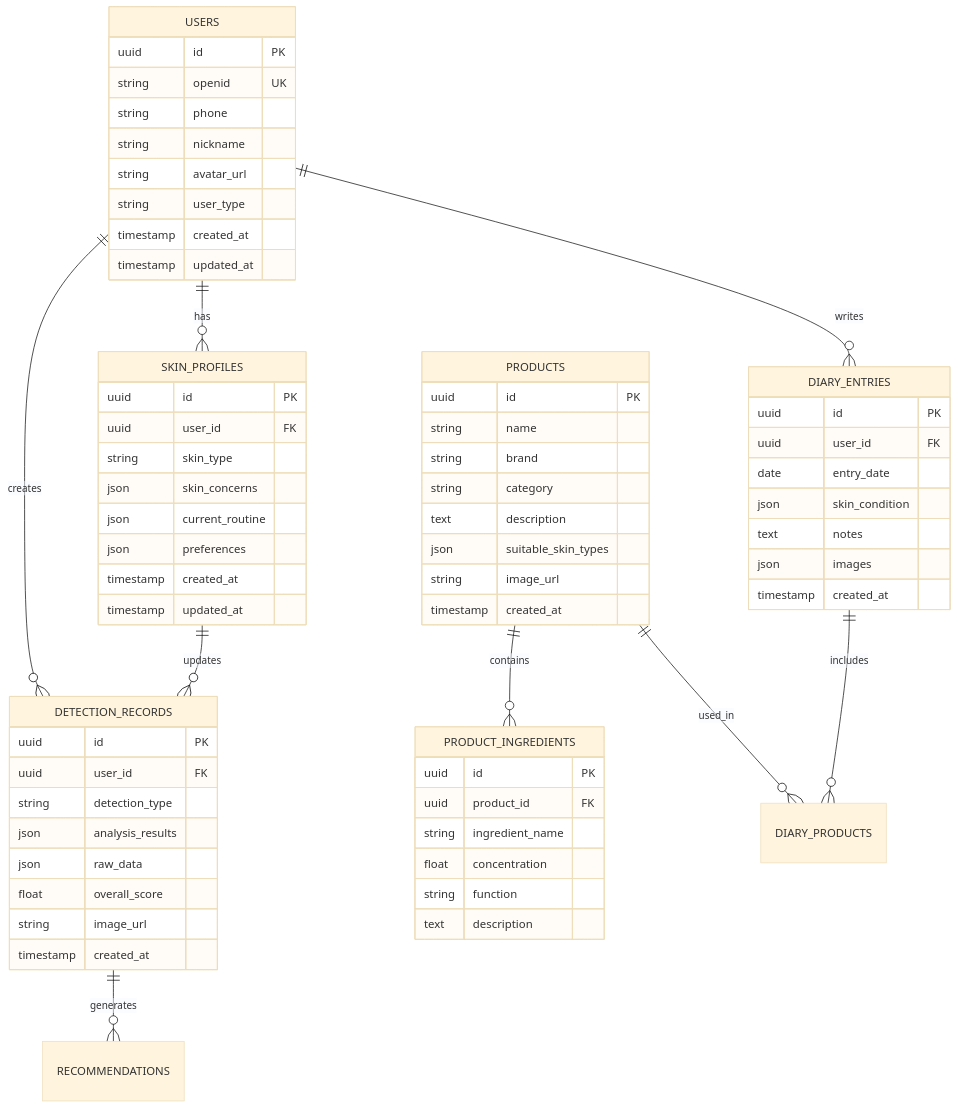
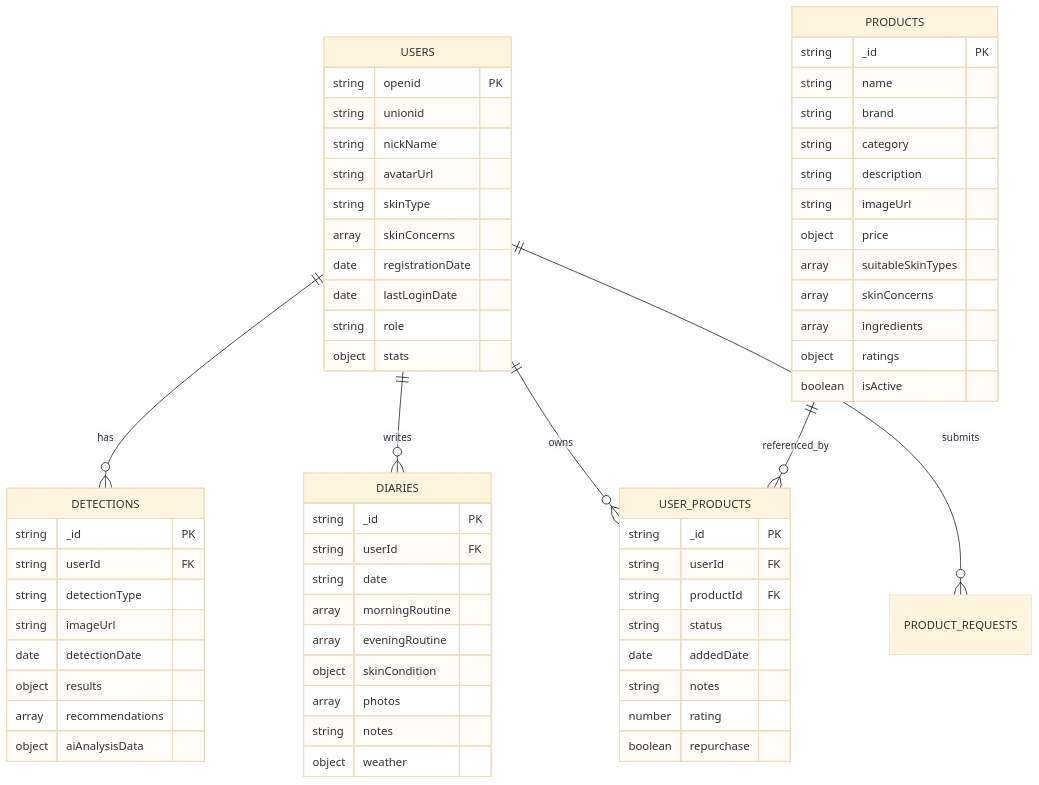
The third of 3 diagrams in .trae/documents/Skin-care护肤小程序技术架构文档.md (Psychic-k/Skin-care), drawn with Mermaid (base theme) before and after one commit. The commit also changed other lines of this file and 56 other files, not shown here.

````diff
--- a/.trae/documents/Skin-care护肤小程序技术架构文档.md
+++ b/.trae/documents/Skin-care护肤小程序技术架构文档.md
@@ -227,76 +231,70 @@
 ```mermaid
 erDiagram
-    USERS ||--o{ SKIN_PROFILES : has
-    USERS ||--o{ DETECTION_RECORDS : creates
-    USERS ||--o{ DIARY_ENTRIES : writes
-    
-    SKIN_PROFILES ||--o{ DETECTION_RECORDS : updates
-    DETECTION_RECORDS ||--o{ RECOMMENDATIONS : generates
-    
-    PRODUCTS ||--o{ PRODUCT_INGREDIENTS : contains
-    PRODUCTS ||--o{ DIARY_PRODUCTS : used_in
-    DIARY_ENTRIES ||--o{ DIARY_PRODUCTS : includes
-    
+    USERS ||--o{ DETECTIONS : has
+    USERS ||--o{ DIARIES : writes
+    USERS ||--o{ USER_PRODUCTS : owns
+    PRODUCTS ||--o{ USER_PRODUCTS : referenced_by
+    USERS ||--o{ PRODUCT_REQUESTS : submits
+
     USERS {
-        uuid id PK
-        string openid UK
-        string phone
-        string nickname
-        string avatar_url
-        string user_type
-        timestamp created_at
-        timestamp updated_at
+        string openid PK
+        string unionid
+        string nickName
+        string avatarUrl
+        string skinType
+        array skinConcerns
+        date registrationDate
+        date lastLoginDate
+        string role
+        object stats
     }
     
-    SKIN_PROFILES {
-        uuid id PK
-        uuid user_id FK
-        string skin_type
-        json skin_concerns
-        json current_routine
-        json preferences
-        timestamp created_at
-        timestamp updated_at
-    }
-    
-    DETECTION_RECORDS {
-        uuid id PK
-        uuid user_id FK
-        string detection_type
-        json analysis_results
-        json raw_data
-        float overall_score
-        string image_url
-        timestamp created_at
+    DETECTIONS {
+        string _id PK
+        string userId FK
+        string detectionType
+        string imageUrl
+        date detectionDate
+        object results
+        array recommendations
+        object aiAnalysisData
     }
     
     PRODUCTS {
-        uuid id PK
+        string _id PK
         string name
         string brand
         string category
-        text description
-        json suitable_skin_types
-        string image_url
-        timestamp created_at
+        string description
+        string imageUrl
+        object price
+        array suitableSkinTypes
+        array skinConcerns
+        array ingredients
+        object ratings
+        boolean isActive
     }
     
-    PRODUCT_INGREDIENTS {
-        uuid id PK
-        uuid product_id FK
-        string ingredient_name
-        float concentration
-        string function
-        text description
+    DIARIES {
+        string _id PK
+        string userId FK
+        string date
+        array morningRoutine
+        array eveningRoutine
+        object skinCondition
+        array photos
+        string notes
+        object weather
     }
     
-    DIARY_ENTRIES {
-        uuid id PK
-        uuid user_id FK
-        date entry_date
-        json skin_condition
-        text notes
-        json images
-        timestamp created_at
+    USER_PRODUCTS {
+        string _id PK
+        string userId FK
+        string productId FK
+        string status
+        date addedDate
+        string notes
+        number rating
+        boolean repurchase
     }
 ```
````
